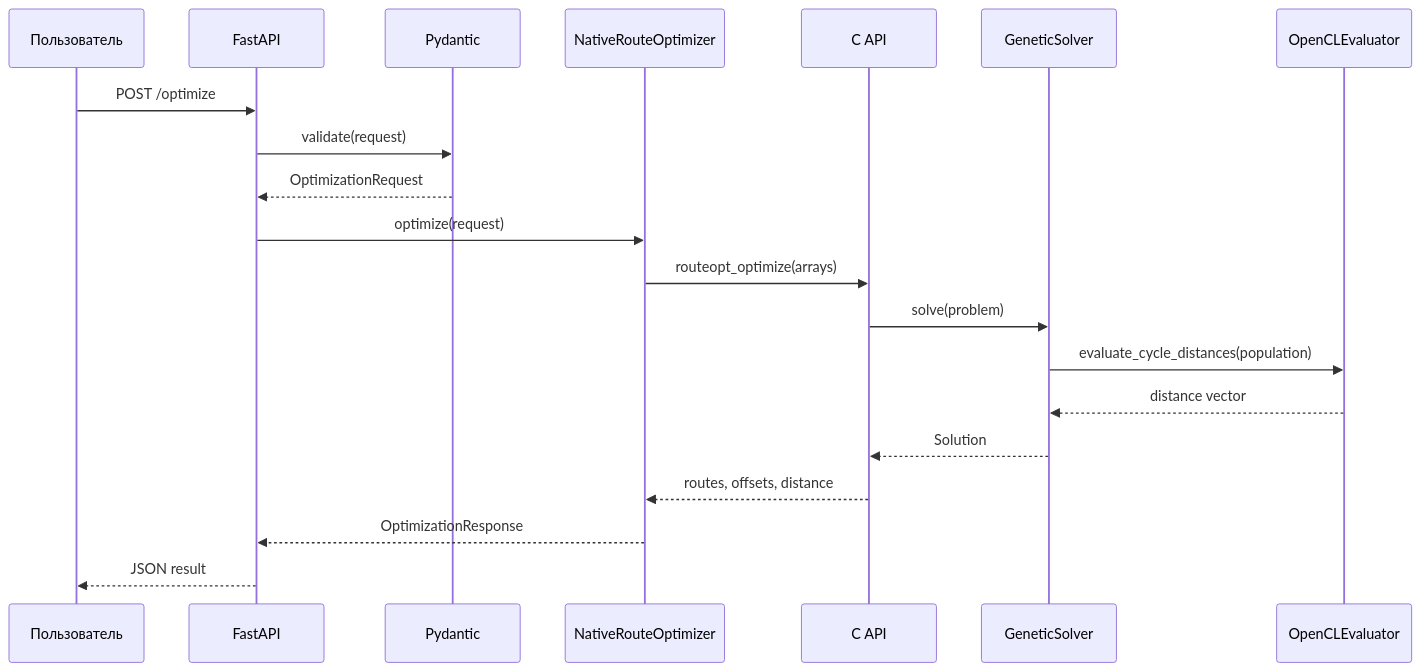
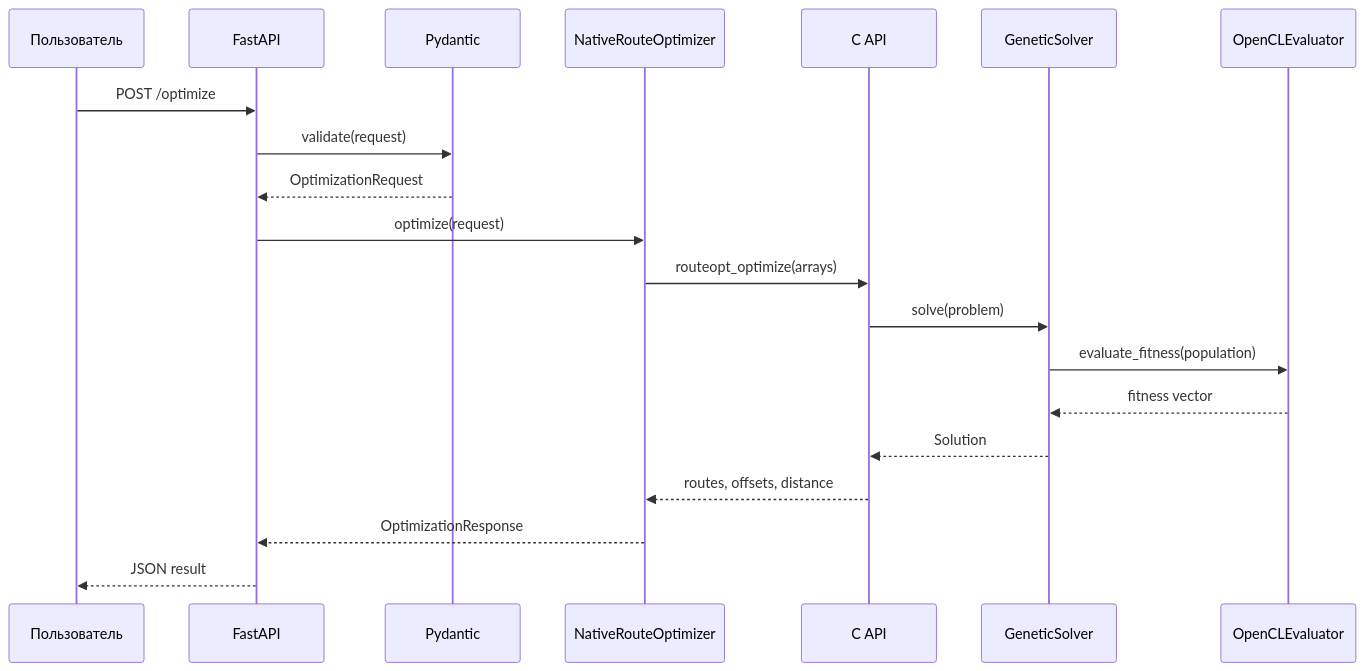
The diagram in docs/diagrams/sequence.mmd (montana-exe/mitpcoursework), drawn with Mermaid before and after one commit. The commit also changed 18 other files, not shown here.

```diff
--- a/docs/diagrams/sequence.mmd
+++ b/docs/diagrams/sequence.mmd
@@ -1,20 +1,20 @@
 sequenceDiagram
     participant U as Пользователь
     participant A as FastAPI
     participant P as Pydantic
     participant N as NativeRouteOptimizer
     participant C as C API
     participant G as GeneticSolver
     participant O as OpenCLEvaluator
     U->>A: POST /optimize
     A->>P: validate(request)
     P-->>A: OptimizationRequest
     A->>N: optimize(request)
     N->>C: routeopt_optimize(arrays)
     C->>G: solve(problem)
-    G->>O: evaluate_cycle_distances(population)
-    O-->>G: distance vector
+    G->>O: evaluate_fitness(population)
+    O-->>G: fitness vector
     G-->>C: Solution
     C-->>N: routes, offsets, distance
     N-->>A: OptimizationResponse
     A-->>U: JSON result
```
